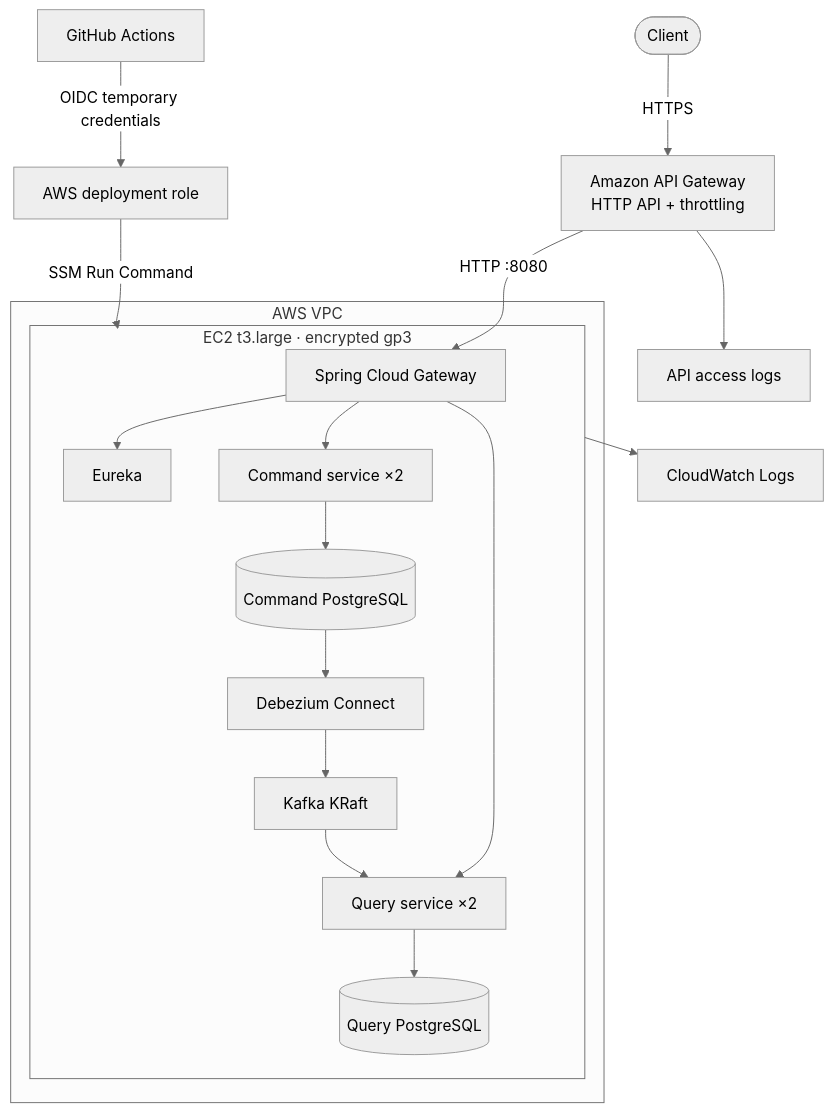
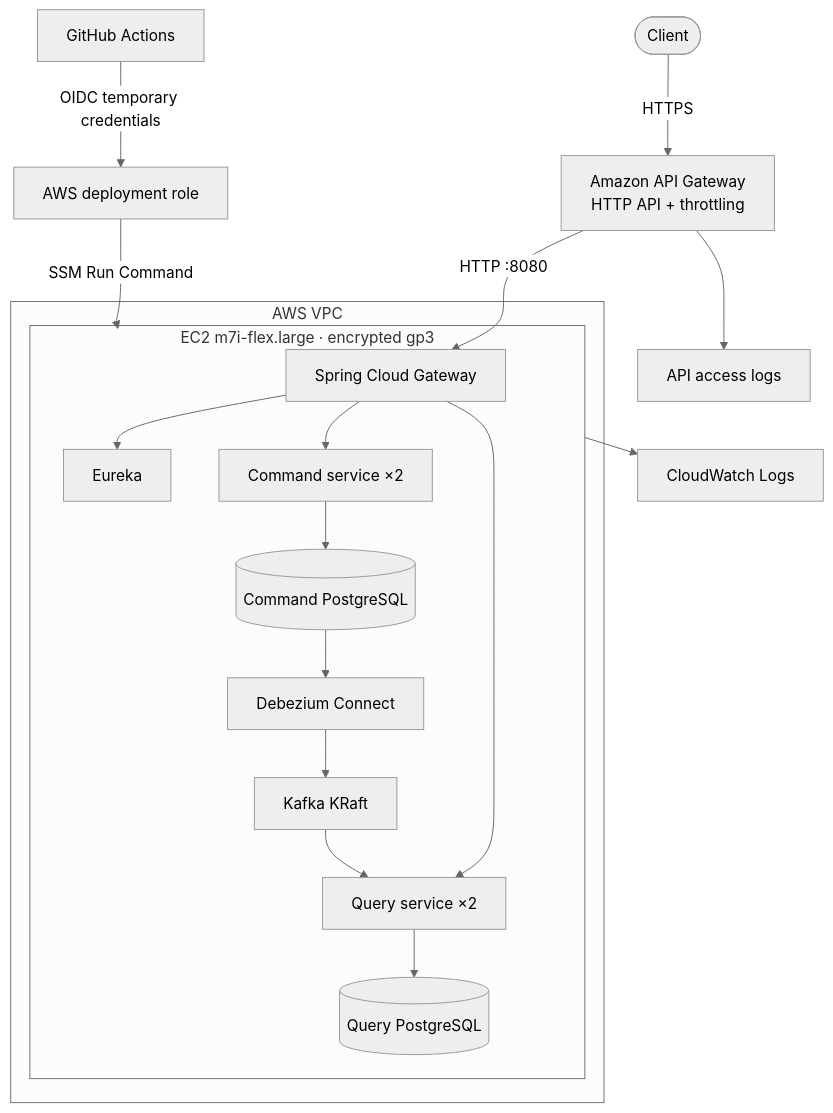
Before and after one commit to karacsonybarni/event-sourced-cqrs-microservices: the diagram in docs/aws-deployment.md, drawn with Mermaid (neutral theme). The commit also changed other lines of this file and 3 other files, not shown here.

````diff
--- a/docs/aws-deployment.md
+++ b/docs/aws-deployment.md
@@ -5,23 +5,23 @@
 ```mermaid
 flowchart TB
     Client([Client]) -->|HTTPS| HttpApi[Amazon API Gateway<br/>HTTP API + throttling]
     HttpApi -->|HTTP :8080| Gateway[Spring Cloud Gateway]
 
     subgraph VPC[AWS VPC]
-        subgraph Host[EC2 t3.large · encrypted gp3]
+        subgraph Host[EC2 m7i-flex.large · encrypted gp3]
             Gateway --> Registry[Eureka]
             Gateway --> Commands[Command service ×2]
             Gateway --> Queries[Query service ×2]
             Commands --> CommandDB[(Command PostgreSQL)]
             CommandDB --> Debezium[Debezium Connect]
             Debezium --> Kafka[Kafka KRaft]
             Kafka --> Queries
             Queries --> QueryDB[(Query PostgreSQL)]
         end
     end
 
     GitHub[GitHub Actions] -->|OIDC temporary credentials| IAM[AWS deployment role]
     IAM -->|SSM Run Command| Host
     Host --> Logs[CloudWatch Logs]
     HttpApi --> AccessLogs[API access logs]
 ```
````
